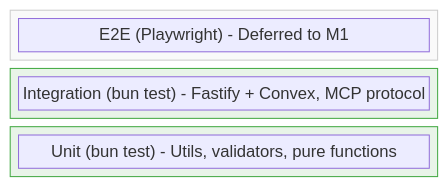
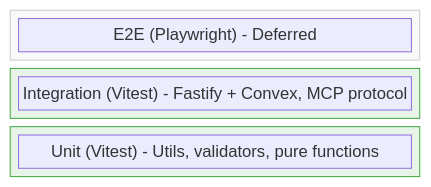
One commit to liminal-ai/liminaldb changed the fifth of 6 diagrams in docs/architecture.md. Above: the diagram before and after it, drawn with Mermaid. The commit also changed other lines of this file and 26 other files, not shown here.

````diff
--- a/docs/architecture.md
+++ b/docs/architecture.md
@@ -622,17 +632,17 @@
 ```mermaid
 block-beta
     columns 1
     block:E2E
-        e2e["E2E (Playwright) - Deferred to M1"]
+        e2e["E2E (Playwright) - Deferred"]
     end
     block:Integration
-        int["Integration (bun test) - Fastify + Convex, MCP protocol"]
+        int["Integration (Vitest) - Fastify + Convex, MCP protocol"]
     end
     block:Unit
-        unit["Unit (bun test) - Utils, validators, pure functions"]
+        unit["Unit (Vitest) - Utils, validators, pure functions"]
     end
 
     style E2E fill:#f9f9f9,stroke:#ccc
     style Integration fill:#e8f4e8,stroke:#4a4
     style Unit fill:#e8f4e8,stroke:#4a4
 ```
````
